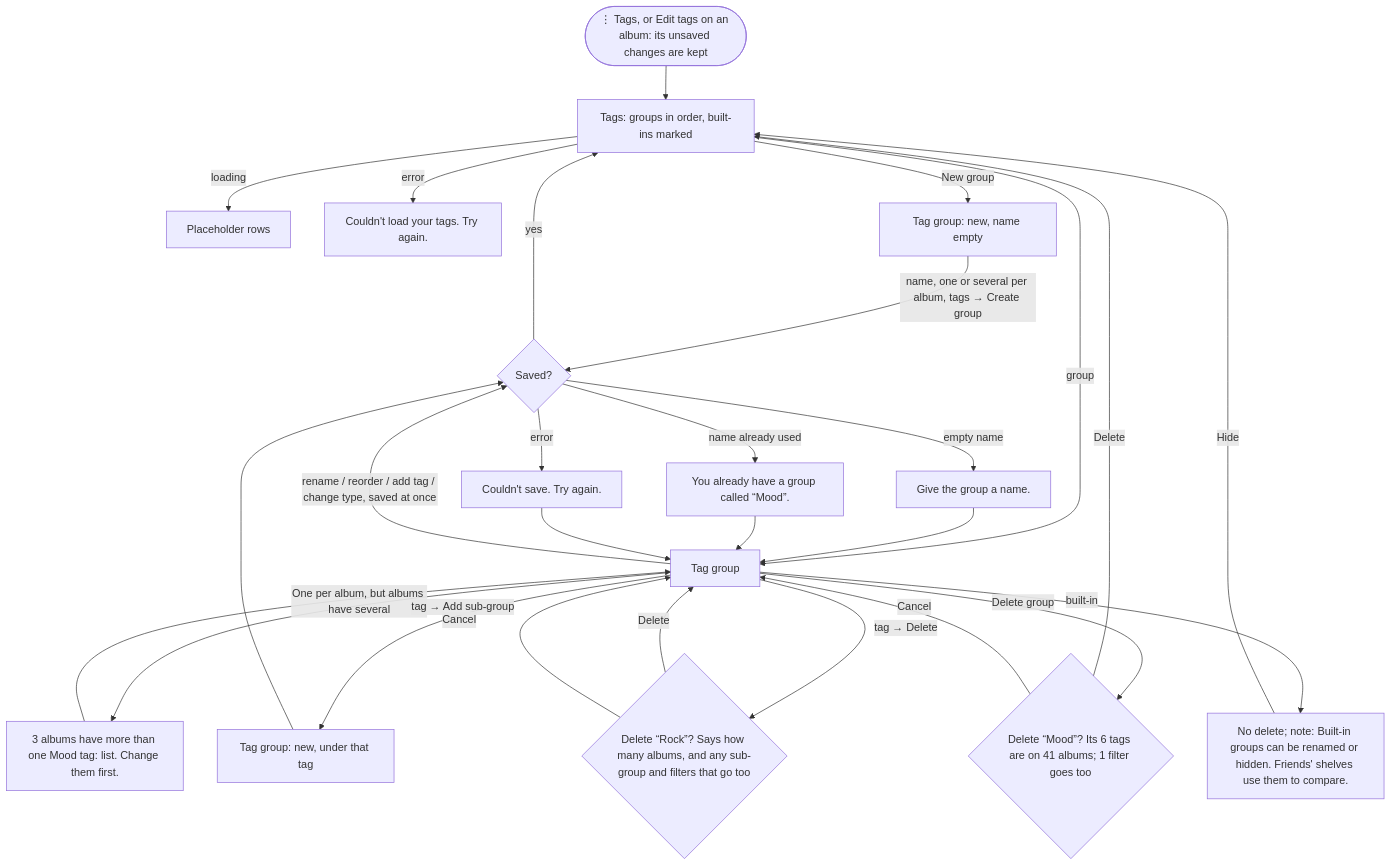
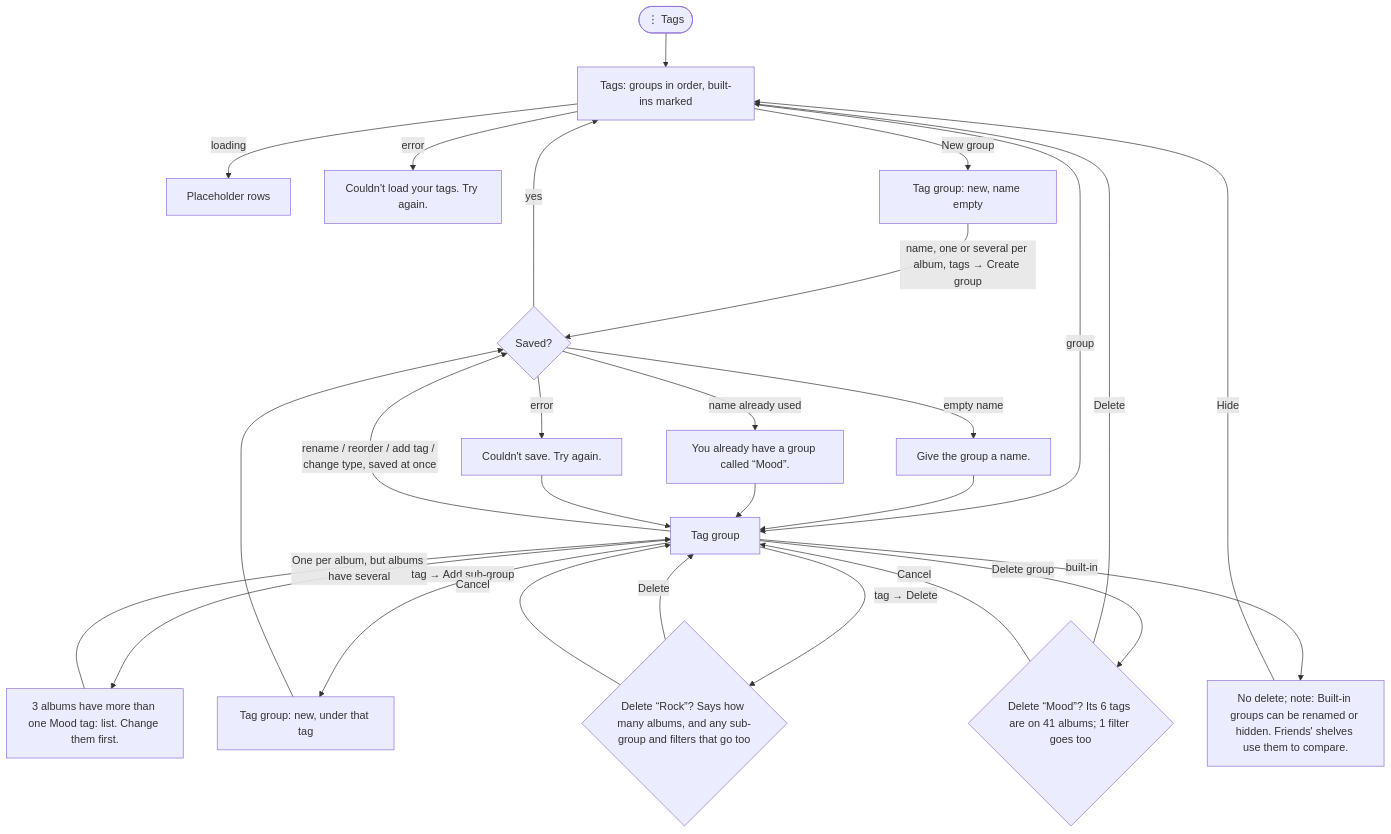
One commit to Schwub/shelf changed the sixth of 8 diagrams in docs/design/flows.md. Above: the diagram before and after it, drawn with Mermaid. The commit also changed other lines of this file and 14 other files, not shown here.

First line of the commit message:
Tag editor from the menu only; a list instead of spines (TASK-29, TASK-30)

````diff
--- a/docs/design/flows.md
+++ b/docs/design/flows.md
@@ -133,24 +132,24 @@
 ```mermaid
 flowchart TD
-  menu([⋮ Tags, or Edit tags on an album: its unsaved changes are kept]) --> list[Tags: groups in order, built-ins marked]
+  menu([⋮ Tags]) --> list[Tags: groups in order, built-ins marked]
   list -- loading --> lskel[Placeholder rows]
   list -- error --> lerr[Couldn't load your tags. Try again.]
   list -- New group --> newg[Tag group: new, name empty]
   list -- group --> group[Tag group]
   newg -- name, one or several per album, tags → Create group --> saved{Saved?}
   group -- rename / reorder / add tag / change type, saved at once --> saved
   saved -- yes --> list
   saved -- empty name --> nameErr[Give the group a name.] --> group
   saved -- name already used --> dupErr[You already have a group called “Mood”.] --> group
   saved -- error --> sErr[Couldn't save. Try again.] --> group
   group -- One per album, but albums have several --> exErr[3 albums have more than one Mood tag: list. Change them first.] --> group
   group -- tag → Add sub-group --> sub[Tag group: new, under that tag] --> saved
   group -- tag → Delete --> tdel{Delete “Rock”? Says how many albums, and any sub-group and filters that go too}
   tdel -- Delete --> group
   tdel -- Cancel --> group
   group -- Delete group --> gdel{Delete “Mood”? Its 6 tags are on 41 albums; 1 filter goes too}
   gdel -- Delete --> list
   gdel -- Cancel --> group
   group -- built-in --> builtin[No delete; note: Built-in groups can be renamed or hidden. Friends' shelves use them to compare.]
   builtin -- Hide --> list
 ```
````
